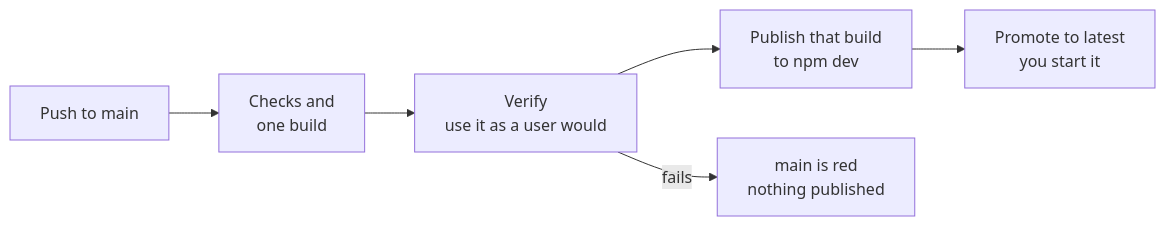
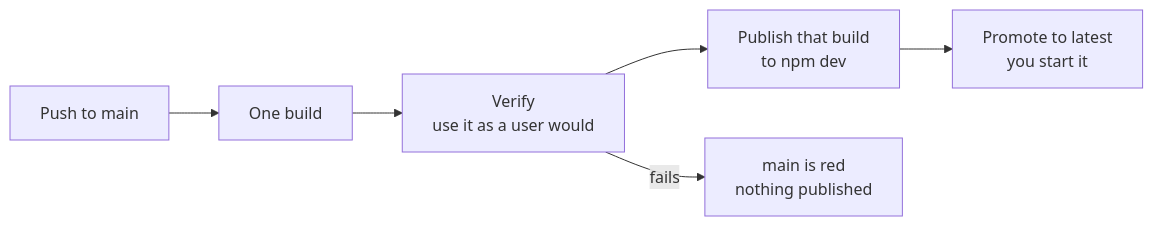
Before and after one commit to typesmiths/decohere: the second of 2 diagrams in docs/ci/README.md, drawn with Mermaid. The commit also changed other lines of this file and 6 other files, not shown here.

````diff
--- a/docs/ci/README.md
+++ b/docs/ci/README.md
@@ -33,8 +33,8 @@
 ```mermaid
 flowchart LR
-  push["Push to main"] --> build["Checks and<br/>one build"]
+  push["Push to main"] --> build["One build"]
   build --> verify["Verify<br/>use it as a user would"]
   verify --> publish["Publish that build<br/>to npm dev"]
   publish --> latest["Promote to latest<br/>you start it"]
   verify -- fails --> red["main is red<br/>nothing published"]
 ```
````
